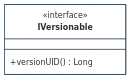
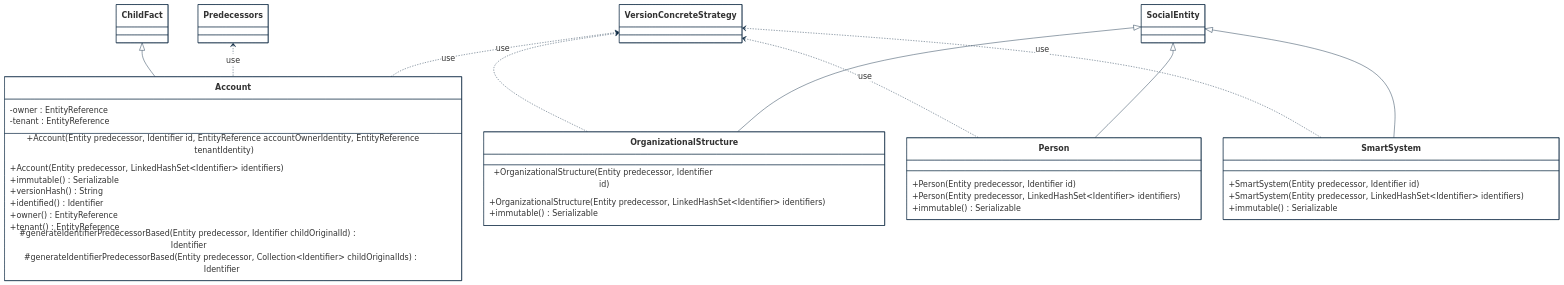
Before and after one commit to cybnity/domain-access-control: the diagram in implementation-line/access-control/ac-domain-model/README.md, drawn with Mermaid. The commit also changed other lines of this file, not shown here.

````diff
--- a/implementation-line/access-control/ac-domain-model/README.md
+++ b/implementation-line/access-control/ac-domain-model/README.md
@@ -17,27 +21,60 @@
 ```mermaid
 %%{
   init: {
     'theme': 'base',
     'themeVariables': {
         'background': '#ffffff',
         'fontFamily': 'arial',
         'fontSize': '18px',
         'primaryColor': '#fff',
         'primaryBorderColor': '#0e2a43',
         'secondaryBorderColor': '#0e2a43',
         'tertiaryBorderColor': '#0e2a43',
         'edgeLabelBackground':'#0e2a43',
         'lineColor': '#0e2a43',
         'tertiaryColor': '#fff'
     }
   }
 
 }%%
 classDiagram
+    ChildFact <|-- Account
+    Predecessors <.. Account : use
+    VersionConcreteStrategy <.. Account : use
+    VersionConcreteStrategy <.. OrganizationalStructure : use
+    VersionConcreteStrategy <.. Person : use
+    VersionConcreteStrategy <.. SmartSystem : use
+    SocialEntity <|-- OrganizationalStructure
+    SocialEntity <|-- Person
+    SocialEntity <|-- SmartSystem
 
-    class IVersionable {
-        <<interface>>
-        +versionUID() Long
+    class Account {
+      -owner : EntityReference
+      -tenant : EntityReference
+      +Account(Entity predecessor, Identifier id, EntityReference accountOwnerIdentity, EntityReference tenantIdentity)
+      +Account(Entity predecessor, LinkedHashSet~Identifier~ identifiers)
+      +immutable() Serializable
+      +versionHash() String
+      +identified() Identifier
+      +owner() EntityReference
+      +tenant() EntityReference
+      #generateIdentifierPredecessorBased(Entity predecessor, Identifier childOriginalId) Identifier
+      #generateIdentifierPredecessorBased(Entity predecessor, Collection~Identifier~ childOriginalIds) Identifier
+    }
+    class OrganizationalStructure {
+      +OrganizationalStructure(Entity predecessor, Identifier id)
+      +OrganizationalStructure(Entity predecessor, LinkedHashSet~Identifier~ identifiers)
+      +immutable() Serializable
+    }
+    class Person {
+      +Person(Entity predecessor, Identifier id)
+      +Person(Entity predecessor, LinkedHashSet~Identifier~ identifiers)
+      +immutable() Serializable
+    }
+    class SmartSystem {
+      +SmartSystem(Entity predecessor, Identifier id)
+      +SmartSystem(Entity predecessor, LinkedHashSet~Identifier~ identifiers)
+      +immutable() Serializable
     }
 
 ```
````
